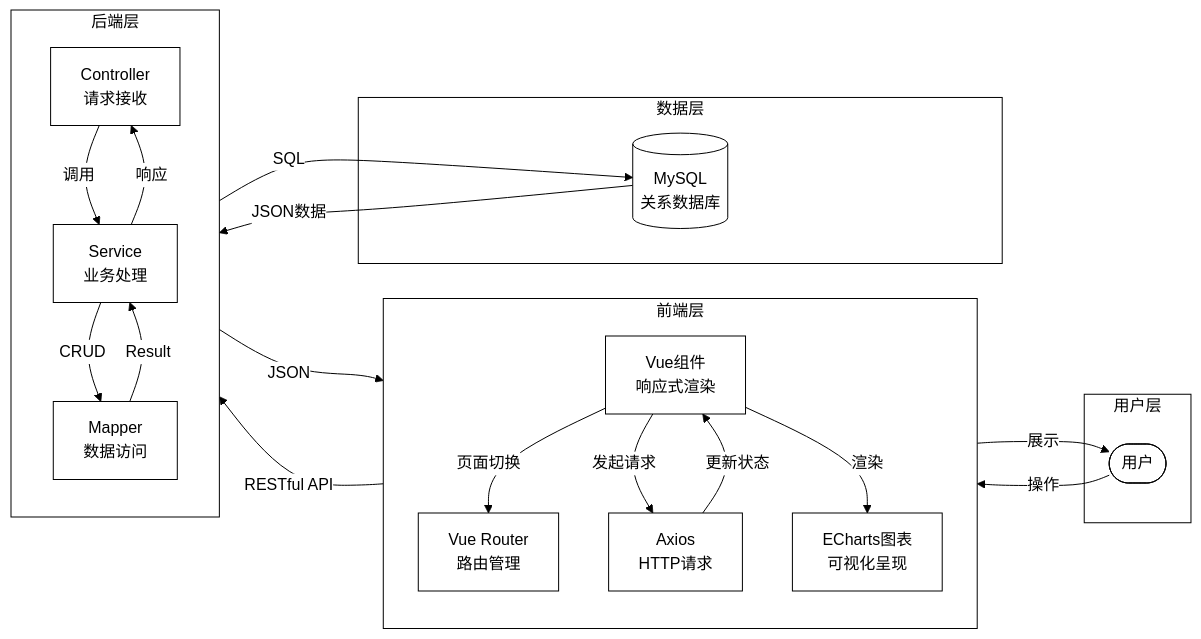
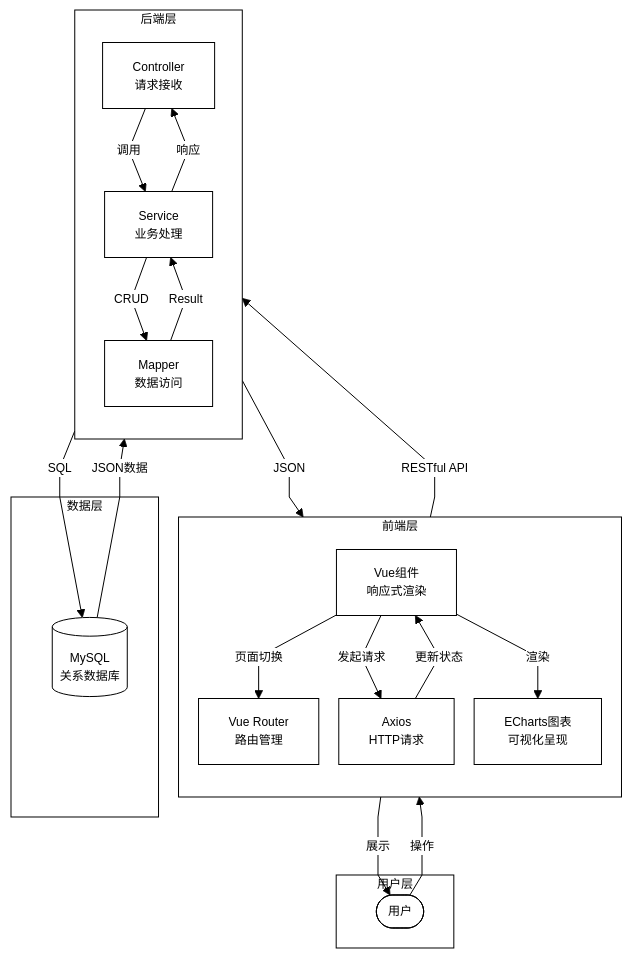
The diagram in all/未命名-2.md (C1010wj/iodraw-files), drawn with Mermaid before and after one commit.

Commit message:
2026-05-06 15:12:56 update

````diff
--- a/all/未命名-2.md
+++ b/all/未命名-2.md
@@ -1,53 +1,65 @@
 ```mermaid
 %%{init: {
     'theme': 'base',
     'themeVariables': {
         'primaryColor': '#ffffff',
         'primaryTextColor': '#000000',
         'primaryBorderColor': '#000000',
         'lineColor': '#000000',
         'secondaryColor': '#ffffff',
         'tertiaryColor': '#ffffff',
         'clusterBkg': '#ffffff',
-        'clusterBorder': '#000000'
+        'clusterBorder': '#000000',
+        'fontSize': '12px'
+    },
+    'flowchart': {
+        'rankSpacing': 40,
+        'nodeSpacing': 20,
+        'curve': 'linear',
+        'useMaxWidth': true,
+        'maxWidth': 140
     }
 }}%%
-flowchart LR
+flowchart TD
+    %% 分层节点，适配A4纵向宽度，优化文字换行减少节点宽度
     subgraph 用户层
         U([用户])
     end
     
     subgraph 前端层
         direction TB
         R[Vue Router<br/>路由管理]
         V[Vue组件<br/>响应式渲染]
         E[ECharts图表<br/>可视化呈现]
         A[Axios<br/>HTTP请求]
     end
     
     subgraph 后端层
         direction TB
         C[Controller<br/>请求接收]
         S[Service<br/>业务处理]
         M[Mapper<br/>数据访问]
     end
     
     subgraph 数据层
         DB[(MySQL<br/>关系数据库)]
     end
-    
+
+    %% 核心流程逻辑（和原图完全一致，仅调整布局方向）
     U -->|操作| V
     V -->|页面切换| R
     V -->|发起请求| A
     A -->|RESTful API| C
     C -->|调用| S
     S -->|CRUD| M
     M -->|SQL| DB
+    
+    %% 数据返回链路
     DB -->|JSON数据| M
     M -->|Result| S
     S -->|响应| C
     C -->|JSON| A
     A -->|更新状态| V
     V -->|渲染| E
     E -->|展示| U
 ```
````
